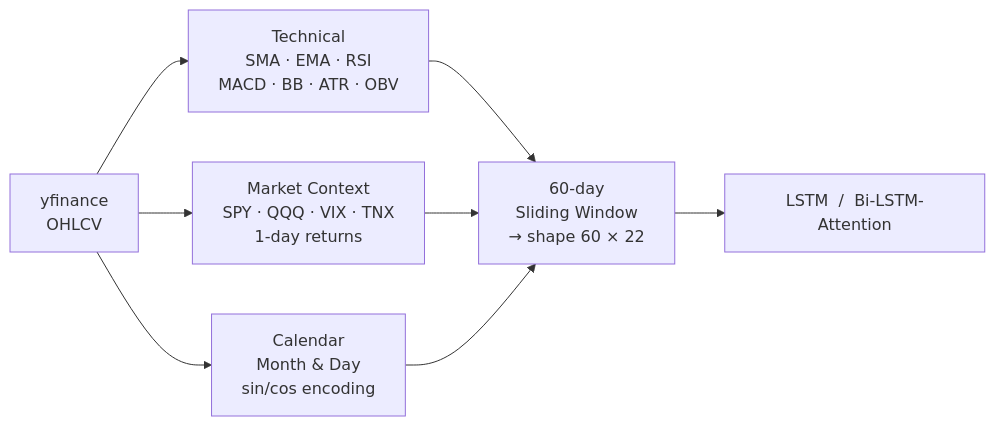
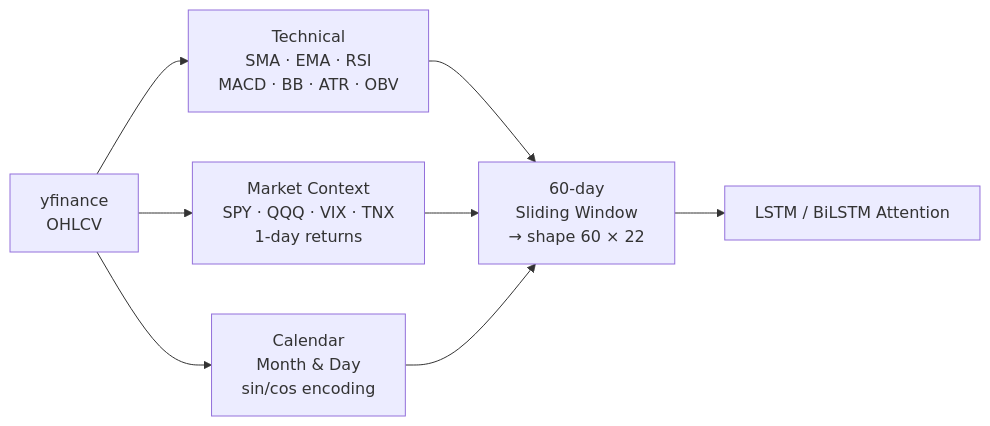
The second of 4 diagrams in README.md (AnasBabari/stock-predictor-lstm), drawn with Mermaid before and after one commit. The commit also changed other lines of this file and 8 other files, not shown here.

````diff
--- a/README.md
+++ b/README.md
@@ -72,8 +134,8 @@
 ```mermaid
 graph LR
     Raw["yfinance\nOHLCV"] --> Tech["Technical\nSMA · EMA · RSI\nMACD · BB · ATR · OBV"]
     Raw --> Market["Market Context\nSPY · QQQ · VIX · TNX\n1-day returns"]
     Raw --> Cal["Calendar\nMonth & Day\nsin/cos encoding"]
     Tech & Market & Cal --> Window["60-day\nSliding Window\n→ shape 60 × 22"]
-    Window --> Models["LSTM  /  Bi-LSTM-Attention"]
+    Window --> Models["LSTM  /  BiLSTM Attention"]
 ```
````
